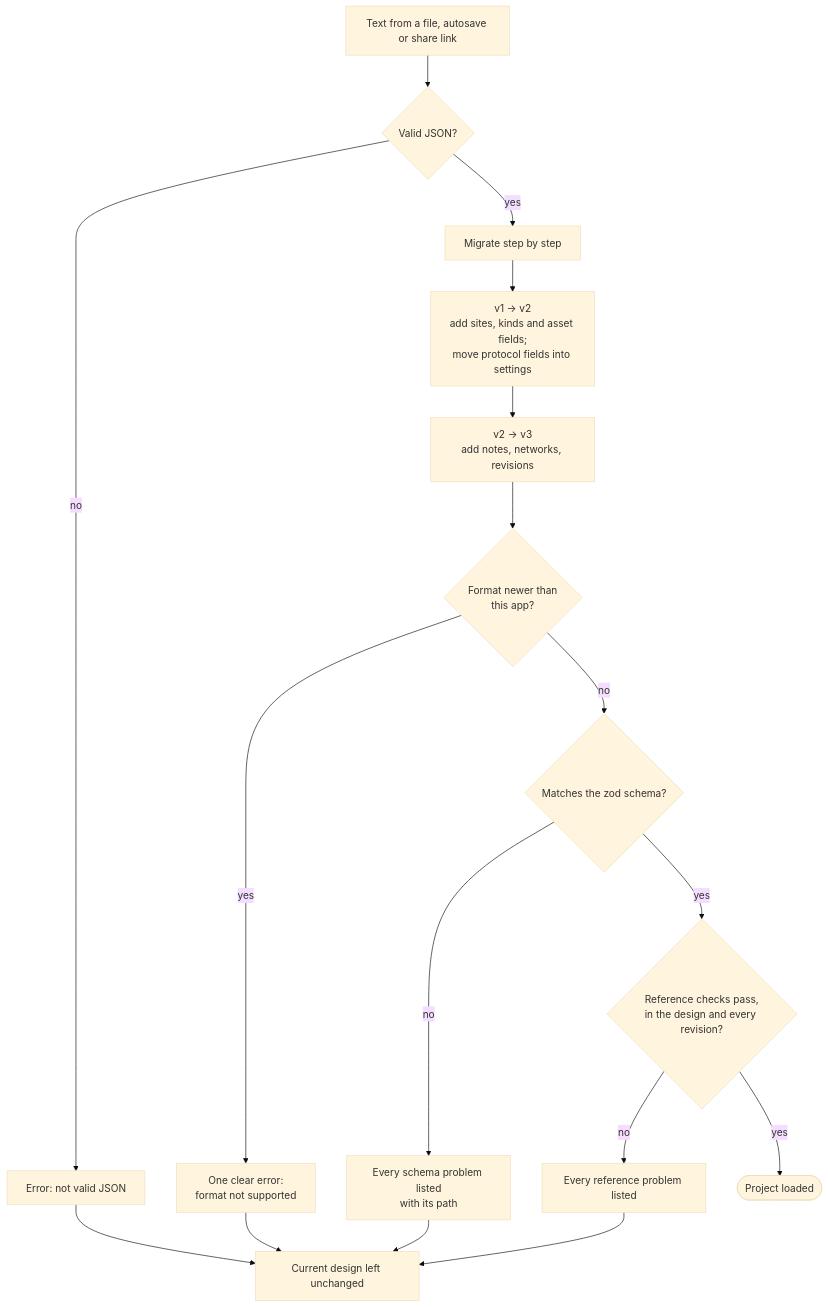
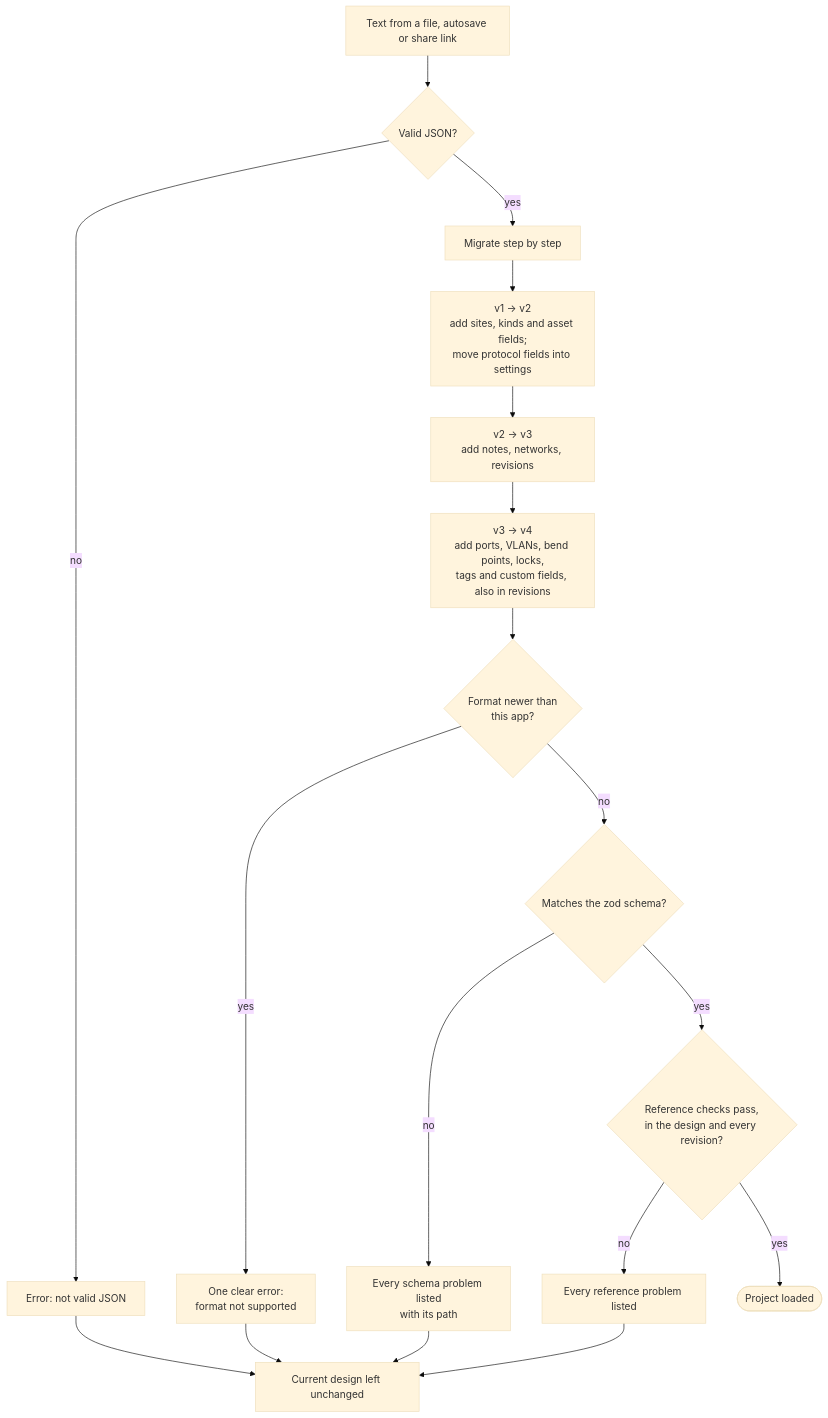
Diagram 16 of 31 in README.md (vijaykumargowdakk/ReSecArc), drawn with Mermaid (base theme) before and after one commit. The commit also changed other lines of this file and 20 other files, not shown here.

Commit message:
Schema v4: link ports, VLANs and networks, bend points, locking, device tags and custom fields

````diff
--- a/README.md
+++ b/README.md
@@ -682,16 +695,17 @@
 ```mermaid
 flowchart TD
     A["Text from a file, autosave or share link"] --> B{"Valid JSON?"}
     B -- "no" --> E1["Error: not valid JSON"]
     B -- "yes" --> C["Migrate step by step"]
     C --> C1["v1 → v2<br/>add sites, kinds and asset fields;<br/>move protocol fields into settings"]
     C1 --> C2["v2 → v3<br/>add notes, networks, revisions"]
-    C2 --> D{"Format newer than<br/>this app?"}
+    C2 --> C3["v3 → v4<br/>add ports, VLANs, bend points, locks,<br/>tags and custom fields, also in revisions"]
+    C3 --> D{"Format newer than<br/>this app?"}
     D -- "yes" --> E2["One clear error:<br/>format not supported"]
     D -- "no" --> F{"Matches the zod schema?"}
     F -- "no" --> E3["Every schema problem listed<br/>with its path"]
     F -- "yes" --> G{"Reference checks pass,<br/>in the design and every revision?"}
     G -- "no" --> E4["Every reference problem listed"]
     G -- "yes" --> OK(["Project loaded"])
     E1 & E2 & E3 & E4 --> KEEP["Current design left unchanged"]
 ```
````
